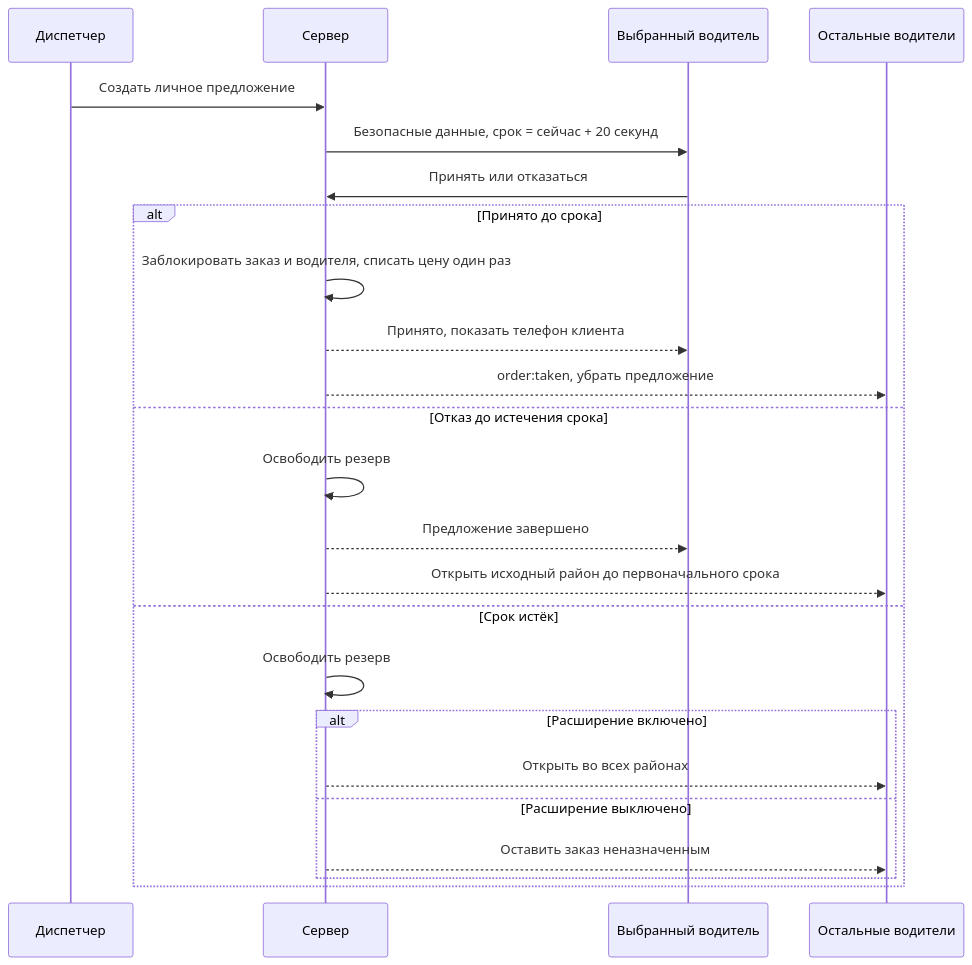
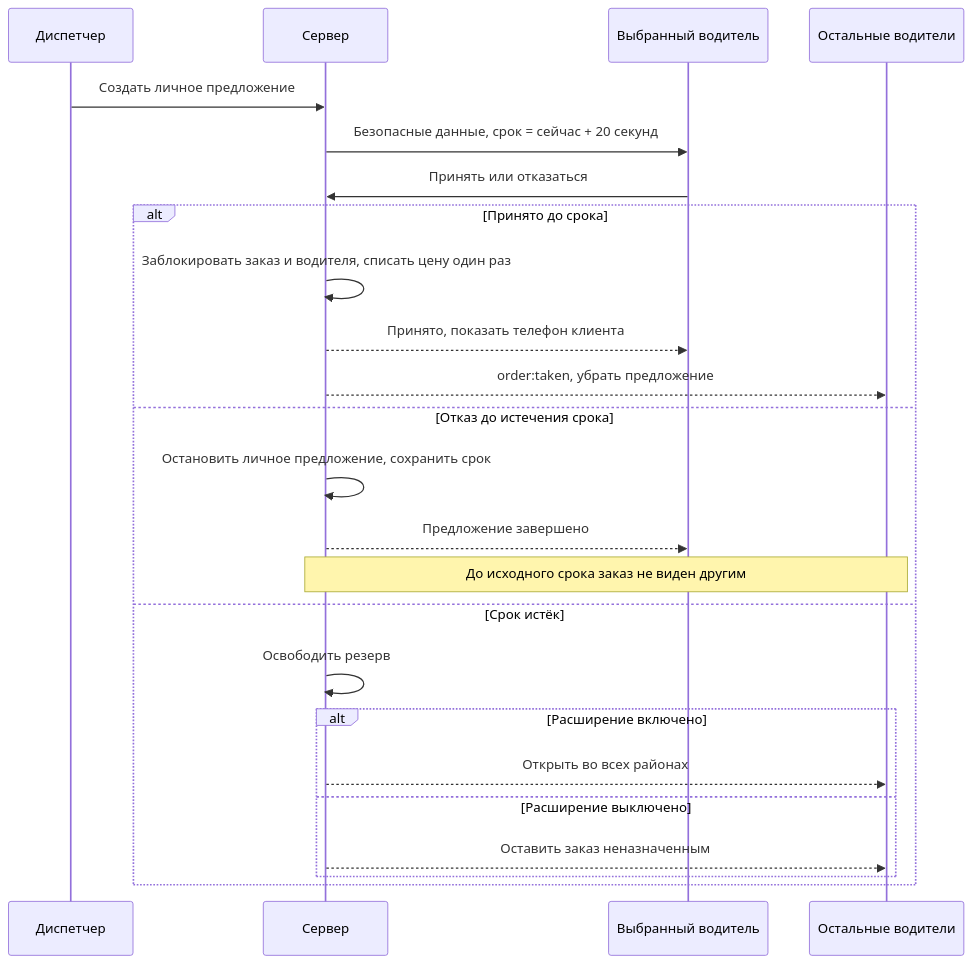
One commit to bagtyyarkovusov/tayyn-hyzmat-project changed the third of 7 diagrams in docs/guide/flows.ru.md. Above: the diagram before and after it, drawn with Mermaid. The commit also changed other lines of this file and 28 other files, not shown here.

````diff
--- a/docs/guide/flows.ru.md
+++ b/docs/guide/flows.ru.md
@@ -46,27 +46,27 @@
 ```mermaid
 sequenceDiagram
   participant D as Диспетчер
   participant S as Сервер
   participant V as Выбранный водитель
   participant O as Остальные водители
 
   D->>S: Создать личное предложение
   S->>V: Безопасные данные, срок = сейчас + 20 секунд
   V->>S: Принять или отказаться
   alt Принято до срока
     S->>S: Заблокировать заказ и водителя, списать цену один раз
     S-->>V: Принято, показать телефон клиента
     S-->>O: order:taken, убрать предложение
   else Отказ до истечения срока
-    S->>S: Освободить резерв
+    S->>S: Остановить личное предложение, сохранить срок
     S-->>V: Предложение завершено
-    S-->>O: Открыть исходный район до первоначального срока
+    Note over S,O: До исходного срока заказ не виден другим
   else Срок истёк
     S->>S: Освободить резерв
     alt Расширение включено
       S-->>O: Открыть во всех районах
     else Расширение выключено
       S-->>O: Оставить заказ неназначенным
     end
   end
 ```
````
